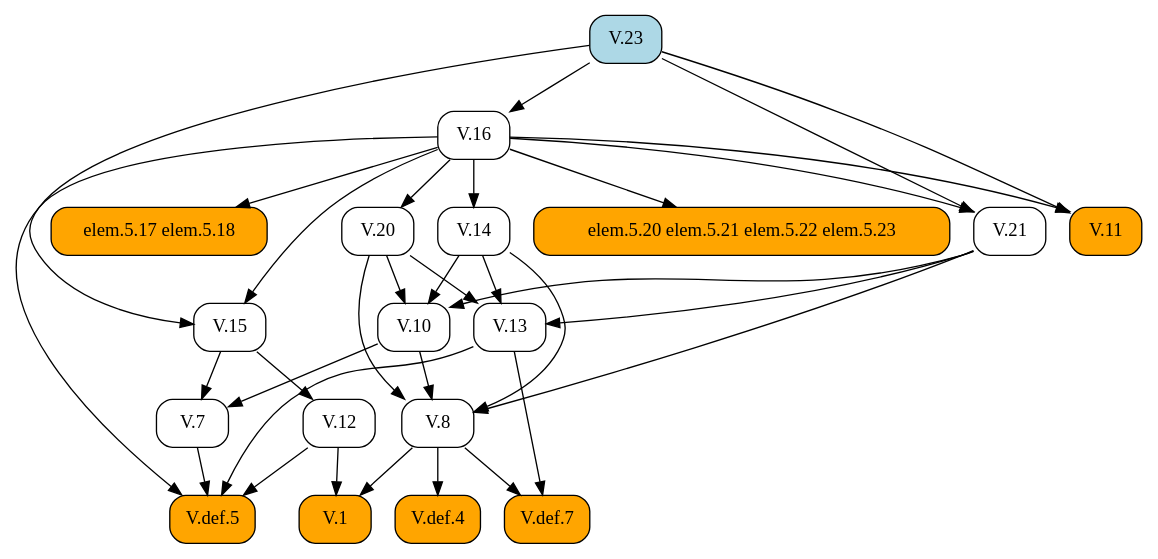
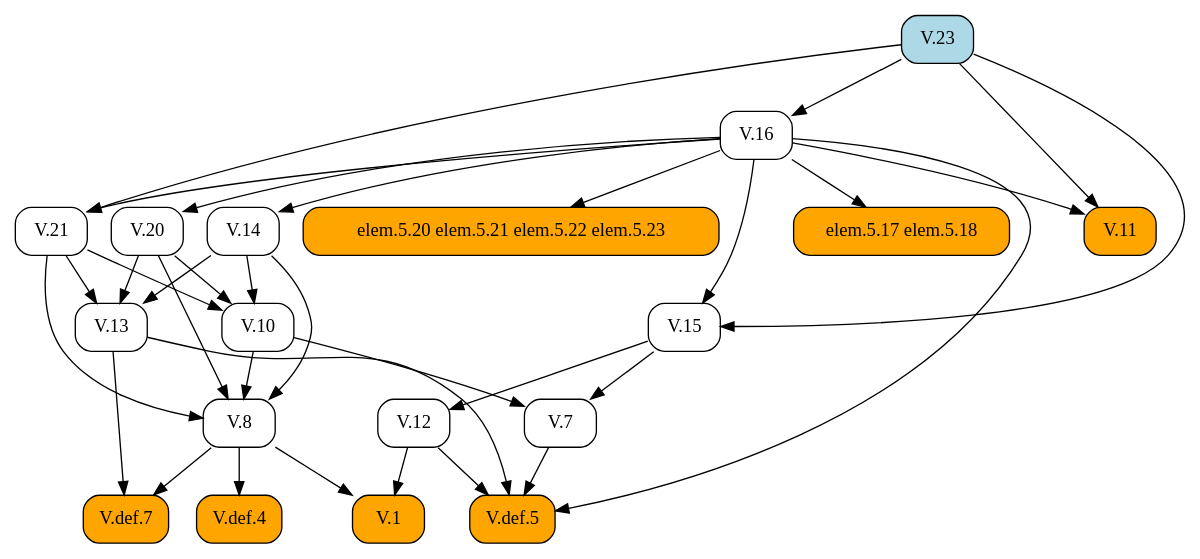
One commit to geometor/elements changed the diagram in docsrc/heath/V/23/index.rst. Above: the diagram before and after it, drawn with Graphviz. The commit also changed other lines of this file and 484 other files, not shown here.

```diff
--- a/docsrc/heath/V/23/index.rst
+++ b/docsrc/heath/V/23/index.rst
@@ -111,57 +111,57 @@
 .. graphviz::
 
    digraph {
      rankdir="TB";
      node [shape=box, style=rounded];
-     "V.8" [URL="/heath/V/8/", target="_top"];
-     "V.23" [style="rounded,filled", fillcolor=lightblue, URL="/heath/V/23/", target="_top"];
-     "V.14" [URL="/heath/V/14/", target="_top"];
-     "V.def.5" [style="rounded,filled", fillcolor=orange, URL="/heath/V/def.5/", target="_top"];
-     "V.12" [URL="/heath/V/12/", target="_top"];
-     "V.10" [URL="/heath/V/10/", target="_top"];
-     "V.1" [style="rounded,filled", fillcolor=orange, URL="/heath/V/1/", target="_top"];
-     "V.20" [URL="/heath/V/20/", target="_top"];
-     "V.13" [URL="/heath/V/13/", target="_top"];
-     "V.11" [style="rounded,filled", fillcolor=orange, URL="/heath/V/11/", target="_top"];
-     "elem.5.20 elem.5.21 elem.5.22 elem.5.23" [style="rounded,filled", fillcolor=orange];
-     "elem.5.17 elem.5.18" [style="rounded,filled", fillcolor=orange];
-     "V.15" [URL="/heath/V/15/", target="_top"];
-     "V.7" [URL="/heath/V/7/", target="_top"];
-     "V.def.4" [style="rounded,filled", fillcolor=orange, URL="/heath/V/def.4/", target="_top"];
      "V.16" [URL="/heath/V/16/", target="_top"];
      "V.def.7" [style="rounded,filled", fillcolor=orange, URL="/heath/V/def.7/", target="_top"];
      "V.21" [URL="/heath/V/21/", target="_top"];
-     "V.10" -> "V.8";
-     "V.14" -> "V.8";
-     "V.20" -> "V.8";
-     "V.21" -> "V.8";
+     "V.13" [URL="/heath/V/13/", target="_top"];
+     "V.7" [URL="/heath/V/7/", target="_top"];
+     "elem.5.17 elem.5.18" [style="rounded,filled", fillcolor=orange];
+     "V.14" [URL="/heath/V/14/", target="_top"];
+     "V.def.5" [style="rounded,filled", fillcolor=orange, URL="/heath/V/def.5/", target="_top"];
+     "V.8" [URL="/heath/V/8/", target="_top"];
+     "V.10" [URL="/heath/V/10/", target="_top"];
+     "V.1" [style="rounded,filled", fillcolor=orange, URL="/heath/V/1/", target="_top"];
+     "V.23" [style="rounded,filled", fillcolor=lightblue, URL="/heath/V/23/", target="_top"];
+     "V.20" [URL="/heath/V/20/", target="_top"];
+     "V.15" [URL="/heath/V/15/", target="_top"];
+     "V.11" [style="rounded,filled", fillcolor=orange, URL="/heath/V/11/", target="_top"];
+     "elem.5.20 elem.5.21 elem.5.22 elem.5.23" [style="rounded,filled", fillcolor=orange];
+     "V.12" [URL="/heath/V/12/", target="_top"];
+     "V.def.4" [style="rounded,filled", fillcolor=orange, URL="/heath/V/def.4/", target="_top"];
+     "V.23" -> "V.16";
+     "V.8" -> "V.def.7";
+     "V.13" -> "V.def.7";
+     "V.16" -> "V.21";
+     "V.23" -> "V.21";
+     "V.14" -> "V.13";
+     "V.20" -> "V.13";
+     "V.21" -> "V.13";
+     "V.10" -> "V.7";
+     "V.15" -> "V.7";
+     "V.16" -> "elem.5.17 elem.5.18";
      "V.16" -> "V.14";
      "V.7" -> "V.def.5";
      "V.12" -> "V.def.5";
      "V.13" -> "V.def.5";
      "V.16" -> "V.def.5";
-     "V.15" -> "V.12";
+     "V.10" -> "V.8";
+     "V.14" -> "V.8";
+     "V.20" -> "V.8";
+     "V.21" -> "V.8";
      "V.14" -> "V.10";
      "V.20" -> "V.10";
      "V.21" -> "V.10";
      "V.8" -> "V.1";
      "V.12" -> "V.1";
      "V.16" -> "V.20";
-     "V.14" -> "V.13";
-     "V.20" -> "V.13";
-     "V.21" -> "V.13";
+     "V.16" -> "V.15";
+     "V.23" -> "V.15";
      "V.16" -> "V.11";
      "V.23" -> "V.11";
      "V.16" -> "elem.5.20 elem.5.21 elem.5.22 elem.5.23";
-     "V.16" -> "elem.5.17 elem.5.18";
-     "V.16" -> "V.15";
-     "V.23" -> "V.15";
-     "V.10" -> "V.7";
-     "V.15" -> "V.7";
+     "V.15" -> "V.12";
      "V.8" -> "V.def.4";
-     "V.23" -> "V.16";
-     "V.8" -> "V.def.7";
-     "V.13" -> "V.def.7";
-     "V.16" -> "V.21";
-     "V.23" -> "V.21";
    }
```
